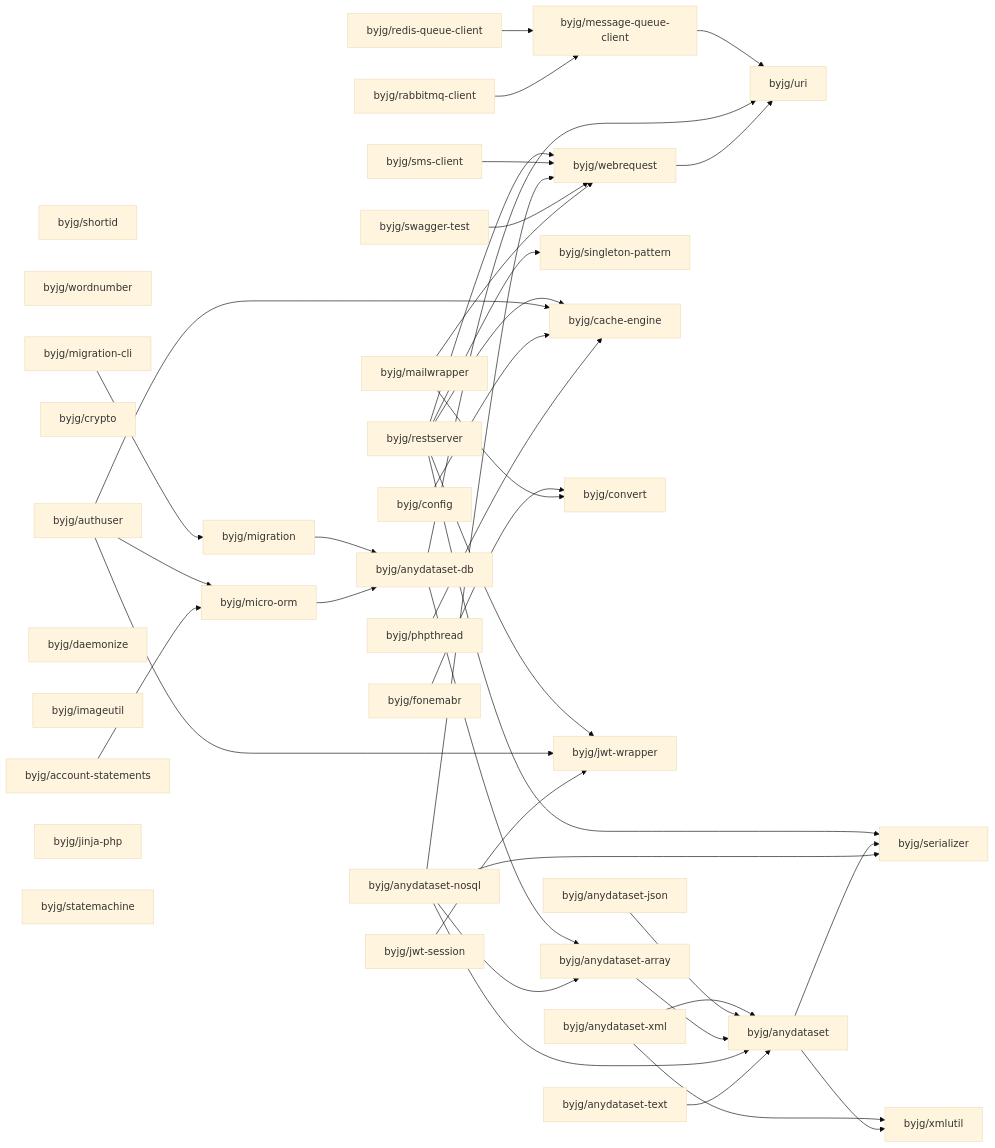
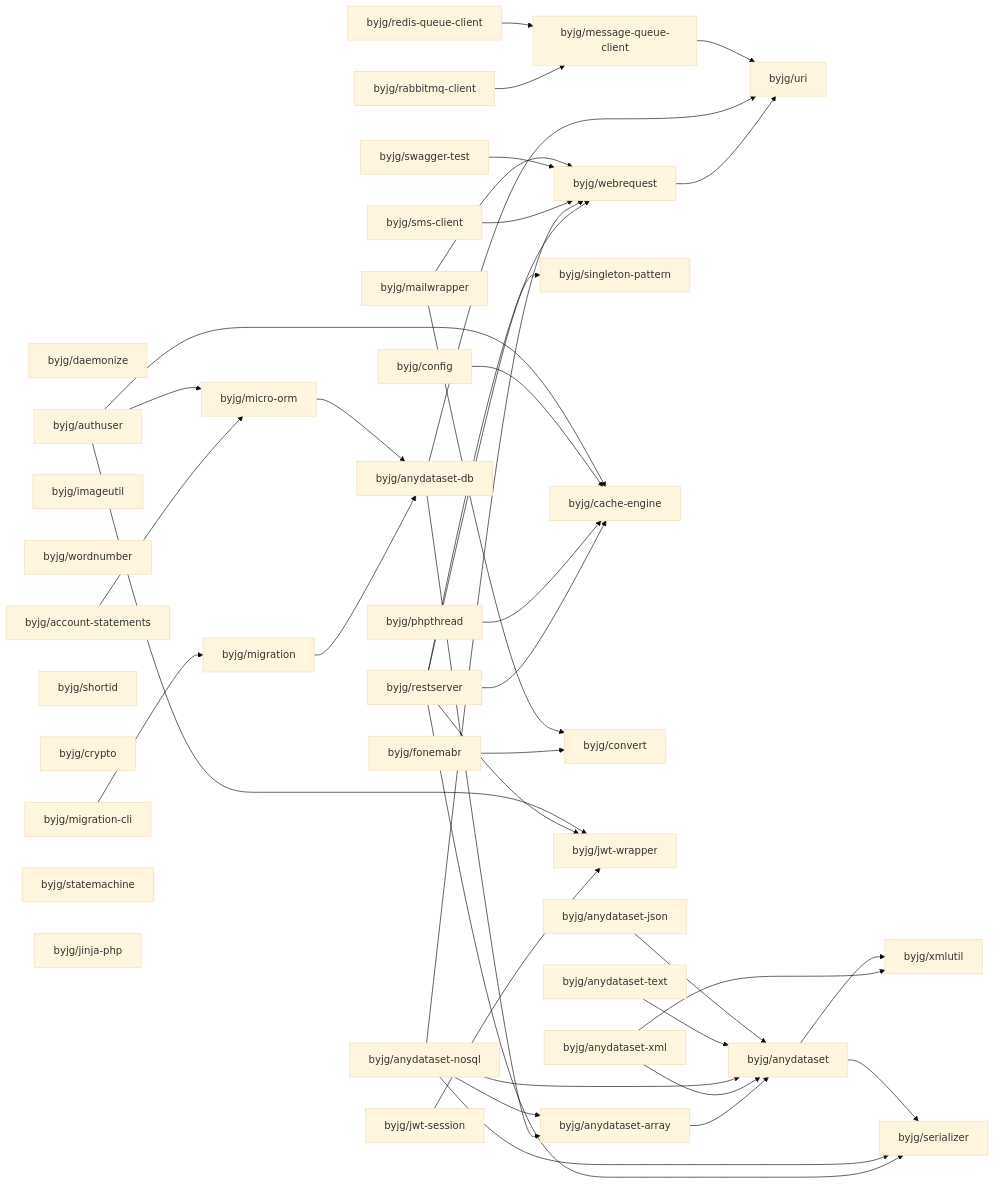
Before and after one commit to byjg/byjg.github.io: the diagram in docs/php/README.md, drawn with Mermaid (base theme). The commit also changed other lines of this file, not shown here.

Commit message:
Update documentation 'php' 'php-migration'

````diff
--- a/docs/php/README.md
+++ b/docs/php/README.md
@@ -3,78 +3,78 @@
 ```mermaid
 graph LR;
-  byjg/swagger-test;
+  byjg/config;
+  byjg/phpthread;
+  byjg/anydataset-nosql;
+  byjg/anydataset-xml;
+  byjg/anydataset-text;
+  byjg/anydataset-json;
+  byjg/redis-queue-client;
+  byjg/daemonize;
+  byjg/account-statements;
+  byjg/imageutil;
+  byjg/wordnumber;
+  byjg/fonemabr;
+  byjg/migration-cli;
+  byjg/shortid;
   byjg/restserver;
-  byjg/anydataset-xml;
-  byjg/config;
-  byjg/shortid;
-  byjg/wordnumber;
-  byjg/account-statements;
-  byjg/mailwrapper;
-  byjg/redis-queue-client;
-  byjg/phpthread;
-  byjg/anydataset-json;
   byjg/crypto;
   byjg/authuser;
-  byjg/daemonize;
-  byjg/imageutil;
-  byjg/anydataset-text;
-  byjg/fonemabr;
-  byjg/sms-client;
+  byjg/mailwrapper;
   byjg/jwt-session;
-  byjg/migration-cli;
-  byjg/anydataset-nosql;
-  byjg/jinja-php;
+  byjg/swagger-test;
   byjg/statemachine;
   byjg/rabbitmq-client;
+  byjg/jinja-php;
+  byjg/sms-client;
+  byjg/migration;
   byjg/singleton-pattern;
   byjg/micro-orm;
   byjg/cache-engine;
   byjg/convert;
   byjg/jwt-wrapper;
-  byjg/migration;
+  byjg/message-queue-client;
   byjg/webrequest;
-  byjg/message-queue-client;
   byjg/anydataset-db;
   byjg/anydataset-array;
   byjg/uri;
   byjg/anydataset;
   byjg/serializer;
   byjg/xmlutil;
-  byjg/redis-queue-client --> byjg/message-queue-client;
+  byjg/account-statements --> byjg/micro-orm;
+  byjg/fonemabr --> byjg/convert;
+  byjg/webrequest --> byjg/uri;
+  byjg/anydataset-array --> byjg/anydataset;
   byjg/anydataset-xml --> byjg/anydataset;
   byjg/anydataset-xml --> byjg/xmlutil;
   byjg/rabbitmq-client --> byjg/message-queue-client;
+  byjg/redis-queue-client --> byjg/message-queue-client;
+  byjg/jwt-session --> byjg/jwt-wrapper;
+  byjg/anydataset-db --> byjg/anydataset-array;
+  byjg/anydataset-db --> byjg/uri;
   byjg/restserver --> byjg/serializer;
   byjg/restserver --> byjg/singleton-pattern;
   byjg/restserver --> byjg/cache-engine;
   byjg/restserver --> byjg/webrequest;
   byjg/restserver --> byjg/jwt-wrapper;
-  byjg/anydataset-json --> byjg/anydataset;
-  byjg/anydataset-array --> byjg/anydataset;
   byjg/migration --> byjg/anydataset-db;
-  byjg/sms-client --> byjg/webrequest;
-  byjg/authuser --> byjg/micro-orm;
-  byjg/authuser --> byjg/cache-engine;
-  byjg/authuser --> byjg/jwt-wrapper;
-  byjg/config --> byjg/cache-engine;
-  byjg/account-statements --> byjg/micro-orm;
-  byjg/jwt-session --> byjg/jwt-wrapper;
-  byjg/message-queue-client --> byjg/uri;
-  byjg/anydataset --> byjg/serializer;
-  byjg/anydataset --> byjg/xmlutil;
-  byjg/micro-orm --> byjg/anydataset-db;
-  byjg/phpthread --> byjg/cache-engine;
-  byjg/anydataset-db --> byjg/anydataset-array;
-  byjg/anydataset-db --> byjg/uri;
-  byjg/webrequest --> byjg/uri;
   byjg/anydataset-nosql --> byjg/anydataset;
   byjg/anydataset-nosql --> byjg/anydataset-array;
   byjg/anydataset-nosql --> byjg/serializer;
   byjg/anydataset-nosql --> byjg/webrequest;
-  byjg/fonemabr --> byjg/convert;
+  byjg/phpthread --> byjg/cache-engine;
+  byjg/sms-client --> byjg/webrequest;
   byjg/swagger-test --> byjg/webrequest;
   byjg/migration-cli --> byjg/migration;
+  byjg/config --> byjg/cache-engine;
+  byjg/anydataset-text --> byjg/anydataset;
+  byjg/micro-orm --> byjg/anydataset-db;
+  byjg/authuser --> byjg/micro-orm;
+  byjg/authuser --> byjg/cache-engine;
+  byjg/authuser --> byjg/jwt-wrapper;
+  byjg/anydataset-json --> byjg/anydataset;
   byjg/mailwrapper --> byjg/convert;
   byjg/mailwrapper --> byjg/webrequest;
-  byjg/anydataset-text --> byjg/anydataset;
+  byjg/anydataset --> byjg/serializer;
+  byjg/anydataset --> byjg/xmlutil;
+  byjg/message-queue-client --> byjg/uri;
 ```
````
